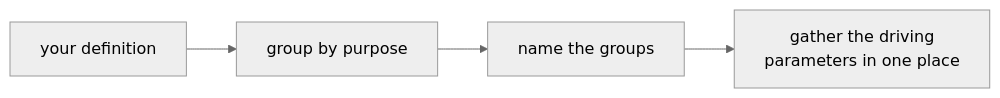
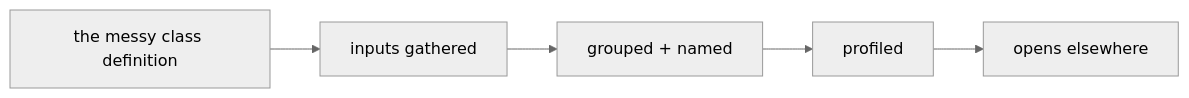
Before and after one commit to rccn-teaching/cdf: the first of 4 diagrams in Lecture/Week_15/goals.md, drawn with Mermaid (neutral theme). The commit also changed other lines of this file and 23 other files, not shown here.

Commit message:
Refactor lecture materials for Weeks 13-15: update README and goals to enhance clarity and structure; adjust session objectives and commands; improve flowcharts and voting processes for better engagement and understanding.

````diff
--- a/Lecture/Week_15/goals.md
+++ b/Lecture/Week_15/goals.md
@@ -17,6 +17,9 @@
 ```mermaid
 flowchart LR
-    D["your definition"] --> G["group by purpose"]
-    G --> N["name the groups"]
-    N --> P["gather the driving<br/>parameters in one place"]
+    M0["the messy class definition"]
+    I1["inputs gathered"]
+    G2["grouped + named"]
+    P3["profiled"]
+    O4["opens elsewhere"]
+    M0 --> I1 --> G2 --> P3 --> O4
 ```
````
